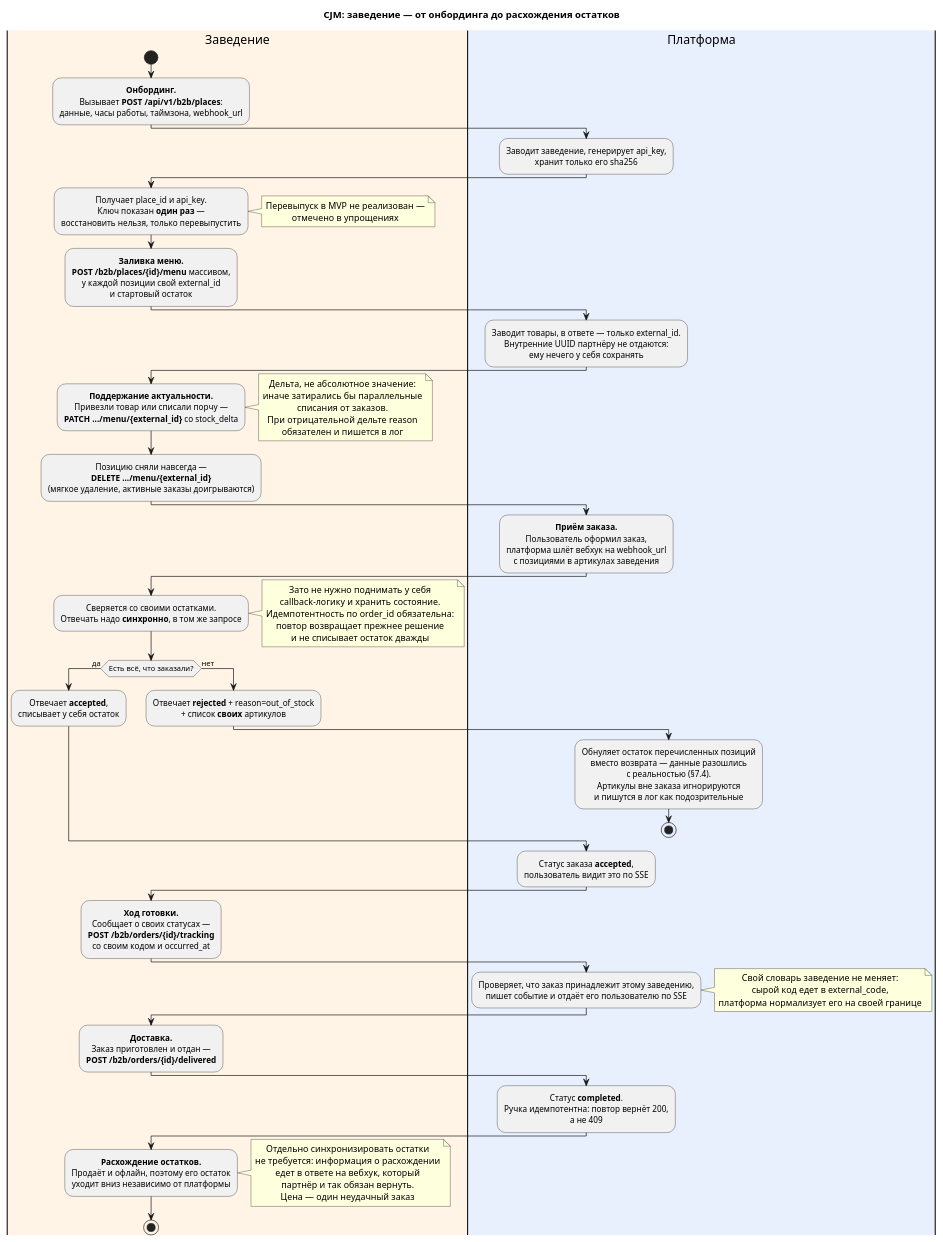
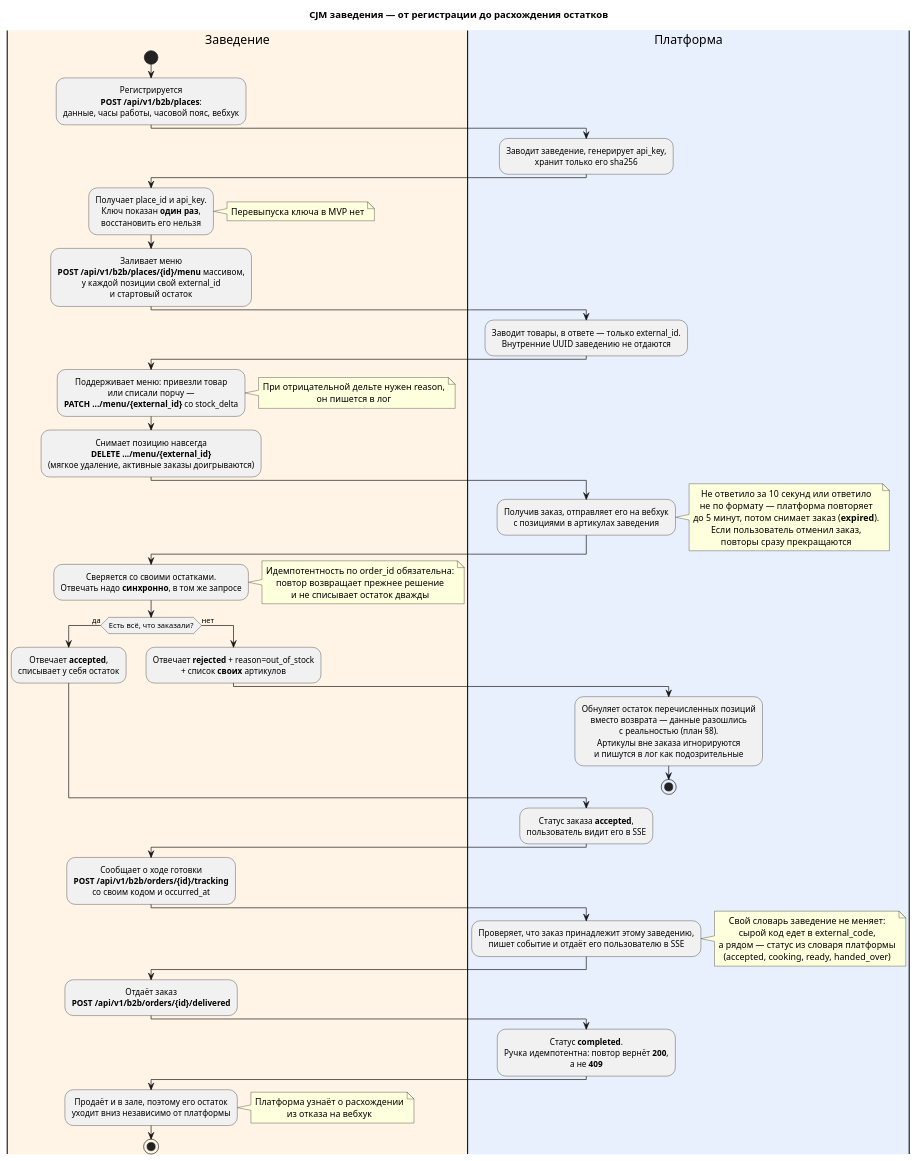
The diagram in docs/diagrams/cjm-place.puml (Krovenmor/avito-backend-trainee-assignment-autumn-2026), drawn with PlantUML before and after one commit. The commit also changed 31 other files, not shown here.

```diff
--- a/docs/diagrams/cjm-place.puml
+++ b/docs/diagrams/cjm-place.puml
@@ -1,90 +1,89 @@
 @startuml cjm-place
-title CJM: заведение — от онбординга до расхождения остатков
+title CJM заведения — от регистрации до расхождения остатков
 
 skinparam defaultTextAlignment center
 
 |#FFF4E5|Заведение|
 start
-:**Онбординг.**\nВызывает **POST /api/v1/b2b/places**:\nданные, часы работы, таймзона, webhook_url;
+:Регистрируется\n**POST /api/v1/b2b/places**:\nданные, часы работы, часовой пояс, вебхук;
 
 |#E8F0FE|Платформа|
 :Заводит заведение, генерирует api_key,\nхранит только его sha256;
 
 |Заведение|
-:Получает place_id и api_key.\nКлюч показан **один раз** —\nвосстановить нельзя, только перевыпустить;
+:Получает place_id и api_key.\nКлюч показан **один раз**,\nвосстановить его нельзя;
 note right
-  Перевыпуск в MVP не реализован —
-  отмечено в упрощениях
+  Перевыпуска ключа в MVP нет
 end note
 
-:**Заливка меню.**\n**POST /b2b/places/{id}/menu** массивом,\nу каждой позиции свой external_id\nи стартовый остаток;
+:Заливает меню\n**POST /api/v1/b2b/places/{id}/menu** массивом,\nу каждой позиции свой external_id\nи стартовый остаток;
 
 |Платформа|
-:Заводит товары, в ответе — только external_id.\nВнутренние UUID партнёру не отдаются:\nему нечего у себя сохранять;
+:Заводит товары, в ответе — только external_id.\nВнутренние UUID заведению не отдаются;
 
 |Заведение|
-:**Поддержание актуальности.**\nПривезли товар или списали порчу —\n**PATCH .../menu/{external_id}** со stock_delta;
+:Поддерживает меню: привезли товар\nили списали порчу —\n**PATCH .../menu/{external_id}** со stock_delta;
 note right
-  Дельта, не абсолютное значение:
-  иначе затирались бы параллельные
-  списания от заказов.
-  При отрицательной дельте reason
-  обязателен и пишется в лог
+  При отрицательной дельте нужен reason,
+  он пишется в лог
 end note
 
-:Позицию сняли навсегда —\n**DELETE .../menu/{external_id}**\n(мягкое удаление, активные заказы доигрываются);
+:Снимает позицию навсегда\n**DELETE .../menu/{external_id}**\n(мягкое удаление, активные заказы доигрываются);
 
 |Платформа|
-:**Приём заказа.**\nПользователь оформил заказ,\nплатформа шлёт вебхук на webhook_url\nс позициями в артикулах заведения;
+:Получив заказ, отправляет его на вебхук\nс позициями в артикулах заведения;
+note right
+  Не ответило за 10 секунд или ответило
+  не по формату — платформа повторяет
+  до 5 минут, потом снимает заказ (**expired**).
+  Если пользователь отменил заказ,
+  повторы сразу прекращаются
+end note
 
 |Заведение|
 :Сверяется со своими остатками.\nОтвечать надо **синхронно**, в том же запросе;
 note right
-  Зато не нужно поднимать у себя
-  callback-логику и хранить состояние.
   Идемпотентность по order_id обязательна:
   повтор возвращает прежнее решение
   и не списывает остаток дважды
 end note
 
 if (Есть всё, что заказали?) then (да)
   :Отвечает **accepted**,\nсписывает у себя остаток;
 else (нет)
   :Отвечает **rejected** + reason=out_of_stock\n+ список **своих** артикулов;
   |Платформа|
-  :Обнуляет остаток перечисленных позиций\nвместо возврата — данные разошлись\nс реальностью (§7.4).\nАртикулы вне заказа игнорируются\nи пишутся в лог как подозрительные;
+  :Обнуляет остаток перечисленных позиций\nвместо возврата — данные разошлись\nс реальностью (план §8).\nАртикулы вне заказа игнорируются\nи пишутся в лог как подозрительные;
   stop
 endif
 
 |Платформа|
-:Статус заказа **accepted**,\nпользователь видит это по SSE;
+:Статус заказа **accepted**,\nпользователь видит его в SSE;
 
 |Заведение|
-:**Ход готовки.**\nСообщает о своих статусах —\n**POST /b2b/orders/{id}/tracking**\nсо своим кодом и occurred_at;
+:Сообщает о ходе готовки\n**POST /api/v1/b2b/orders/{id}/tracking**\nсо своим кодом и occurred_at;
 
 |Платформа|
-:Проверяет, что заказ принадлежит этому заведению,\nпишет событие и отдаёт его пользователю по SSE;
+:Проверяет, что заказ принадлежит этому заведению,\nпишет событие и отдаёт его пользователю в SSE;
 note right
   Свой словарь заведение не меняет:
   сырой код едет в external_code,
-  платформа нормализует его на своей границе
+  а рядом — статус из словаря платформы
+  (accepted, cooking, ready, handed_over)
 end note
 
 |Заведение|
-:**Доставка.**\nЗаказ приготовлен и отдан —\n**POST /b2b/orders/{id}/delivered**;
+:Отдаёт заказ\n**POST /api/v1/b2b/orders/{id}/delivered**;
 
 |Платформа|
-:Статус **completed**.\nРучка идемпотентна: повтор вернёт 200,\nа не 409;
+:Статус **completed**.\nРучка идемпотентна: повтор вернёт **200**,\nа не **409**;
 
 |Заведение|
-:**Расхождение остатков.**\nПродаёт и офлайн, поэтому его остаток\nуходит вниз независимо от платформы;
+:Продаёт и в зале, поэтому его остаток\nуходит вниз независимо от платформы;
 note right
-  Отдельно синхронизировать остатки
-  не требуется: информация о расхождении
-  едет в ответе на вебхук, который
-  партнёр и так обязан вернуть.
-  Цена — один неудачный заказ
+  Платформа узнаёт о расхождении
+  из отказа на вебхук
 end note
 stop
 
 @enduml
```
